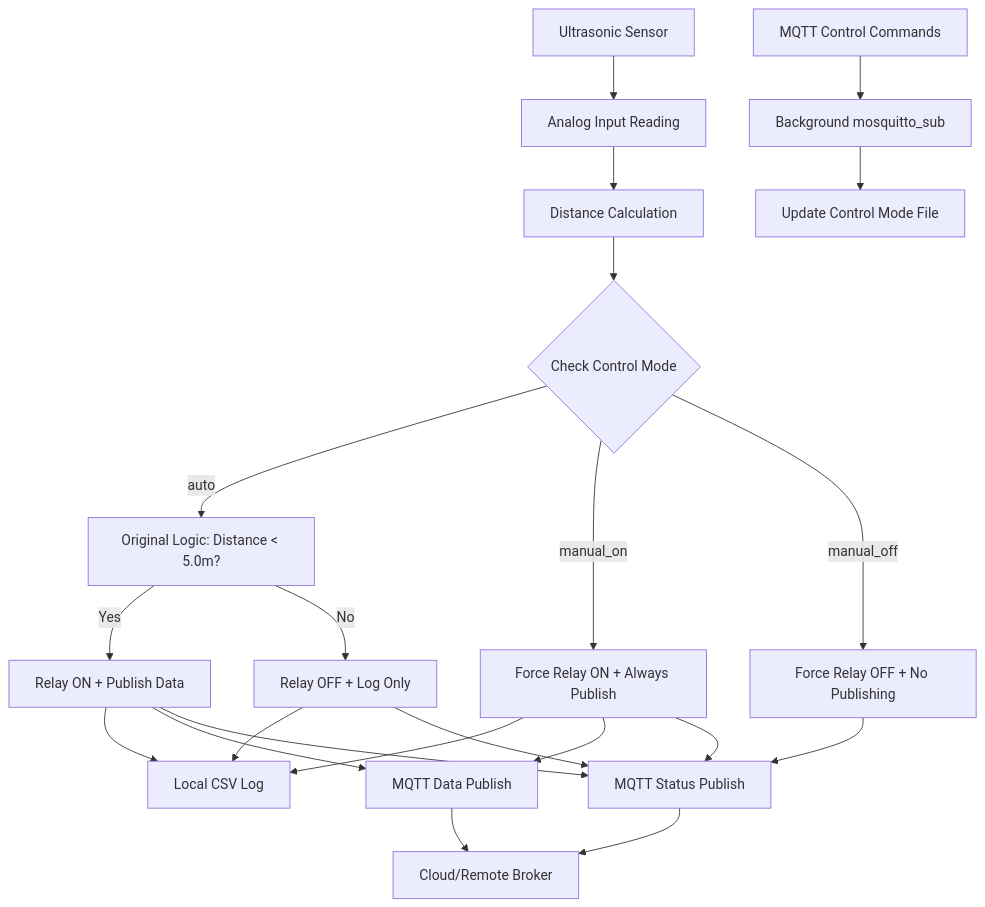
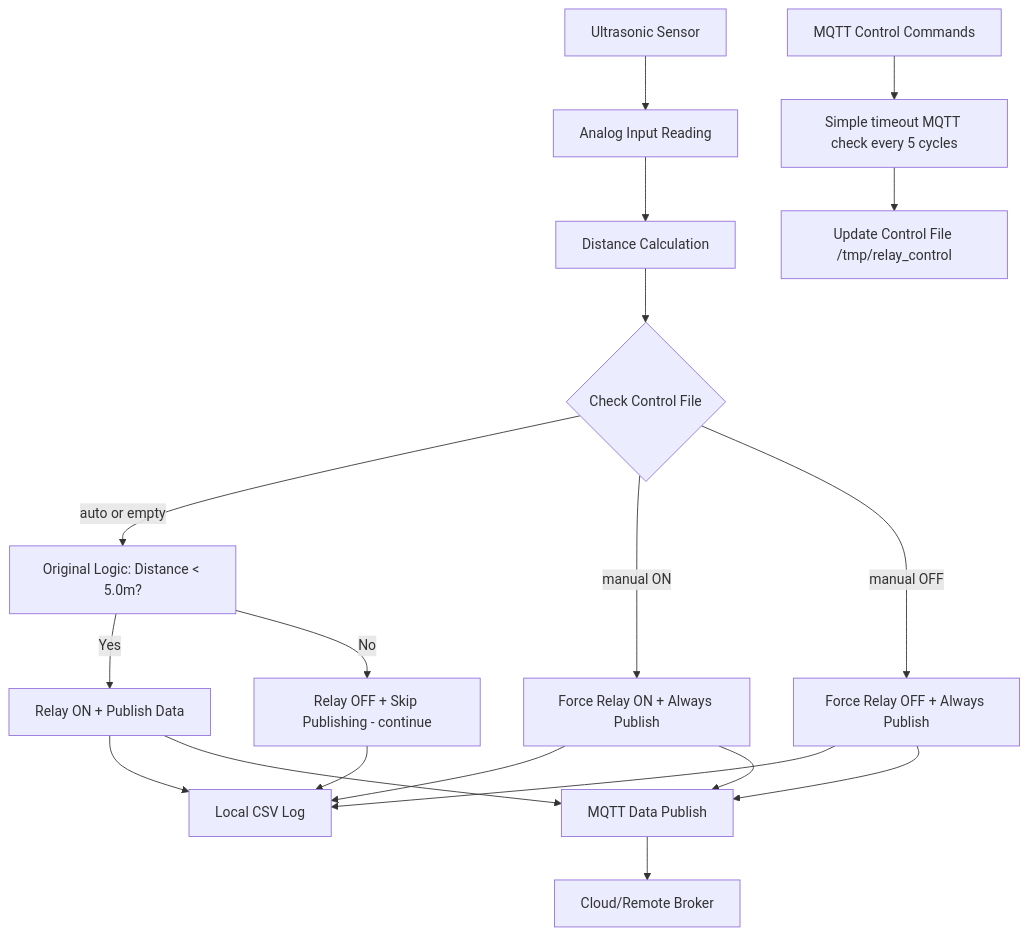
One commit to hanifr/maxbotic-ultrasonic-rpi-analog-cm4 changed the diagram in README.md. Above: the diagram before and after it, drawn with Mermaid. The commit also changed other lines of this file, not shown here.

````diff
--- a/README.md
+++ b/README.md
@@ -376,31 +359,27 @@
 ```mermaid
 graph TD
     A[Ultrasonic Sensor] --> B[Analog Input Reading]
     B --> C[Distance Calculation]
     
-    D[MQTT Control Commands] --> E[Background mosquitto_sub]
-    E --> F[Update Control Mode File]
+    D[MQTT Control Commands] --> E[Simple timeout MQTT check every 5 cycles]
+    E --> F[Update Control File /tmp/relay_control]
     
-    C --> G{Check Control Mode}
-    G -->|auto| H[Original Logic: Distance < 5.0m?]
-    G -->|manual_on| I[Force Relay ON + Always Publish]
-    G -->|manual_off| J[Force Relay OFF + No Publishing]
+    C --> G{Check Control File}
+    G -->|auto or empty| H[Original Logic: Distance < 5.0m?]
+    G -->|manual ON| I[Force Relay ON + Always Publish]
+    G -->|manual OFF| J[Force Relay OFF + Always Publish]
     
     H -->|Yes| K[Relay ON + Publish Data]
-    H -->|No| L[Relay OFF + Log Only]
+    H -->|No| L[Relay OFF + Skip Publishing - continue]
     
     K --> M[Local CSV Log]
     I --> M
+    J --> M
     L --> M
     
     K --> N[MQTT Data Publish]
     I --> N
-    
-    K --> O[MQTT Status Publish]
-    L --> O
-    I --> O
-    J --> O
+    J --> N
     
     N --> P[Cloud/Remote Broker]
-    O --> P
 ```
````
